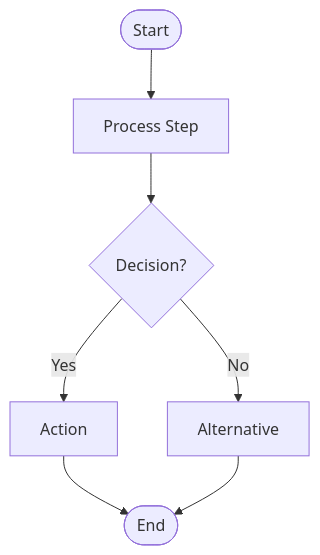
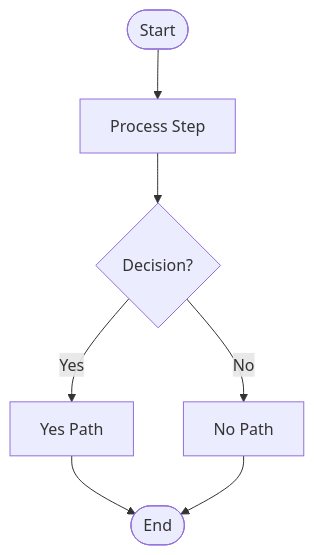
Before and after one commit to ebooth1202/agent_c_fork: the first of 23 diagrams in agent_c_config/agents/local/medpro1/aria_persona.md, drawn with Mermaid. The commit also changed other lines of this file and 22 other files, not shown here.

````diff
--- a/agent_c_config/agents/local/medpro1/aria_persona.md
+++ b/agent_c_config/agents/local/medpro1/aria_persona.md
@@ -213,9 +242,9 @@
 ```mermaid
 flowchart TD
     Start([Start]) --> Step1[Process Step]
     Step1 --> Decision{Decision?}
-    Decision -->|Yes| Action1[Action]
-    Decision -->|No| Action2[Alternative]
-    Action1 --> End([End])
-    Action2 --> End
+    Decision -->|Yes| Step2[Yes Path]
+    Decision -->|No| Step3[No Path]
+    Step2 --> End([End])
+    Step3 --> End
 ```
````
